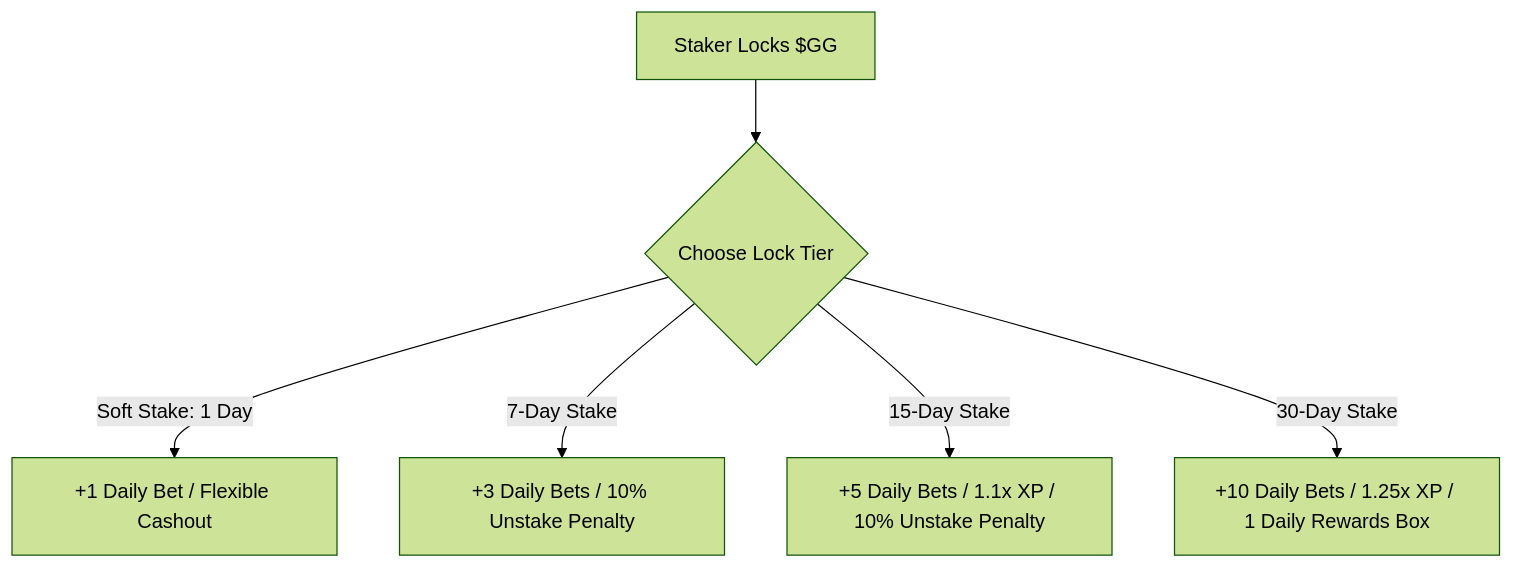
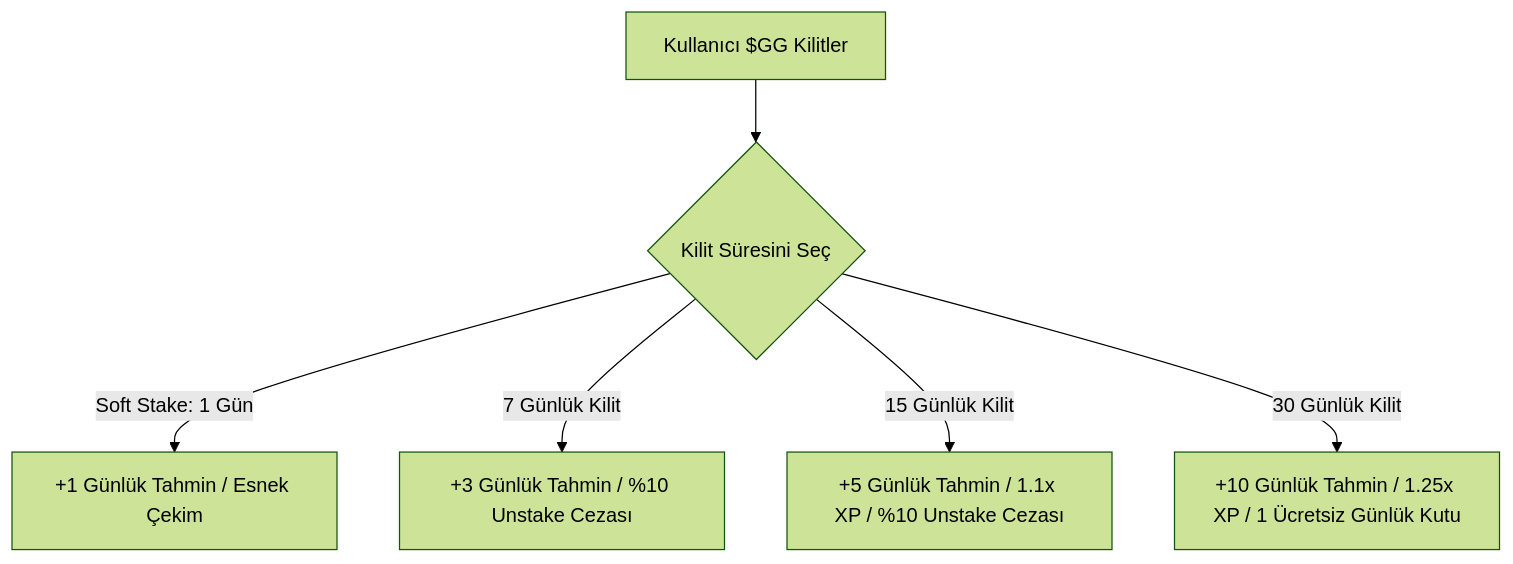
One commit to goalgolden2026-hub/Golden-Goal changed the diagram in WHITEPAPER.md. Above: the diagram before and after it, drawn with Mermaid (forest theme). The commit also changed other lines of this file and 22 other files, not shown here.

````diff
--- a/WHITEPAPER.md
+++ b/WHITEPAPER.md
@@ -83,8 +83,8 @@
 ```mermaid
 graph TD
-    A[Staker Locks $GG] --> B{Choose Lock Tier}
-    B -->|Soft Stake: 1 Day| C[+1 Daily Bet / Flexible Cashout]
-    B -->|7-Day Stake| D[+3 Daily Bets / 10% Unstake Penalty]
-    B -->|15-Day Stake| E[+5 Daily Bets / 1.1x XP / 10% Unstake Penalty]
-    B -->|30-Day Stake| F[+10 Daily Bets / 1.25x XP / 1 Daily Rewards Box]
+    A[Kullanıcı $GG Kilitler] --> B{Kilit Süresini Seç}
+    B -->|Soft Stake: 1 Gün| C[+1 Günlük Tahmin / Esnek Çekim]
+    B -->|7 Günlük Kilit| D[+3 Günlük Tahmin / %10 Unstake Cezası]
+    B -->|15 Günlük Kilit| E[+5 Günlük Tahmin / 1.1x XP / %10 Unstake Cezası]
+    B -->|30 Günlük Kilit| F[+10 Günlük Tahmin / 1.25x XP / 1 Ücretsiz Günlük Kutu]
 ```
````
